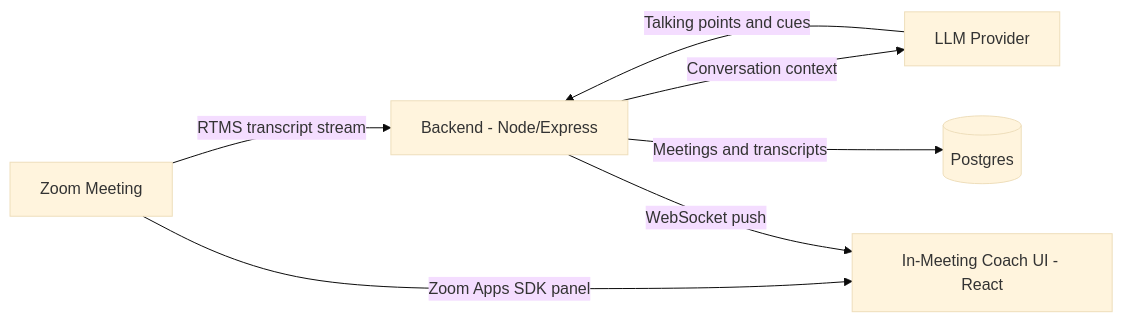
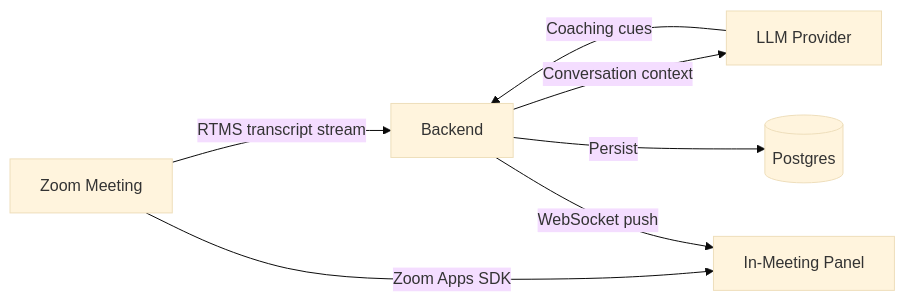
One commit to zoom/blueprints changed the diagram in blueprints/realtime-sales-coach/index.md. Above: the diagram before and after it, drawn with Mermaid (base theme). The commit also changed other lines of this file, not shown here.

First line of the commit message:
Draft realtime-sales-coach blueprint content

````diff
--- a/blueprints/realtime-sales-coach/index.md
+++ b/blueprints/realtime-sales-coach/index.md
@@ -40,9 +68,9 @@
 ```mermaid
 graph LR
-    A[Zoom Meeting] -->|RTMS transcript stream| B[Backend - Node/Express]
-    A -->|Zoom Apps SDK panel| E[In-Meeting Coach UI - React]
+    A[Zoom Meeting] -->|RTMS transcript stream| B[Backend]
+    A -->|Zoom Apps SDK| E[In-Meeting Panel]
     B -->|Conversation context| C[LLM Provider]
-    C -->|Talking points and cues| B
+    C -->|Coaching cues| B
     B -->|WebSocket push| E
-    B -->|Meetings and transcripts| D[(Postgres)]
+    B -->|Persist| D[(Postgres)]
 ```
````
